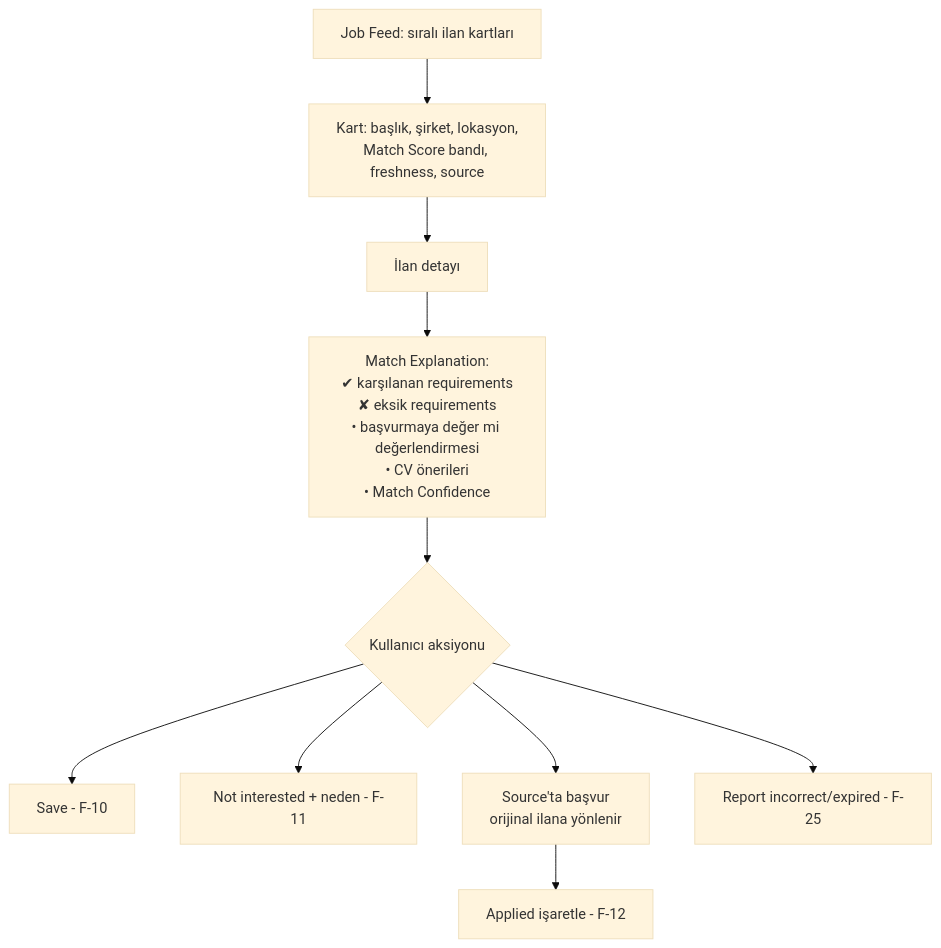
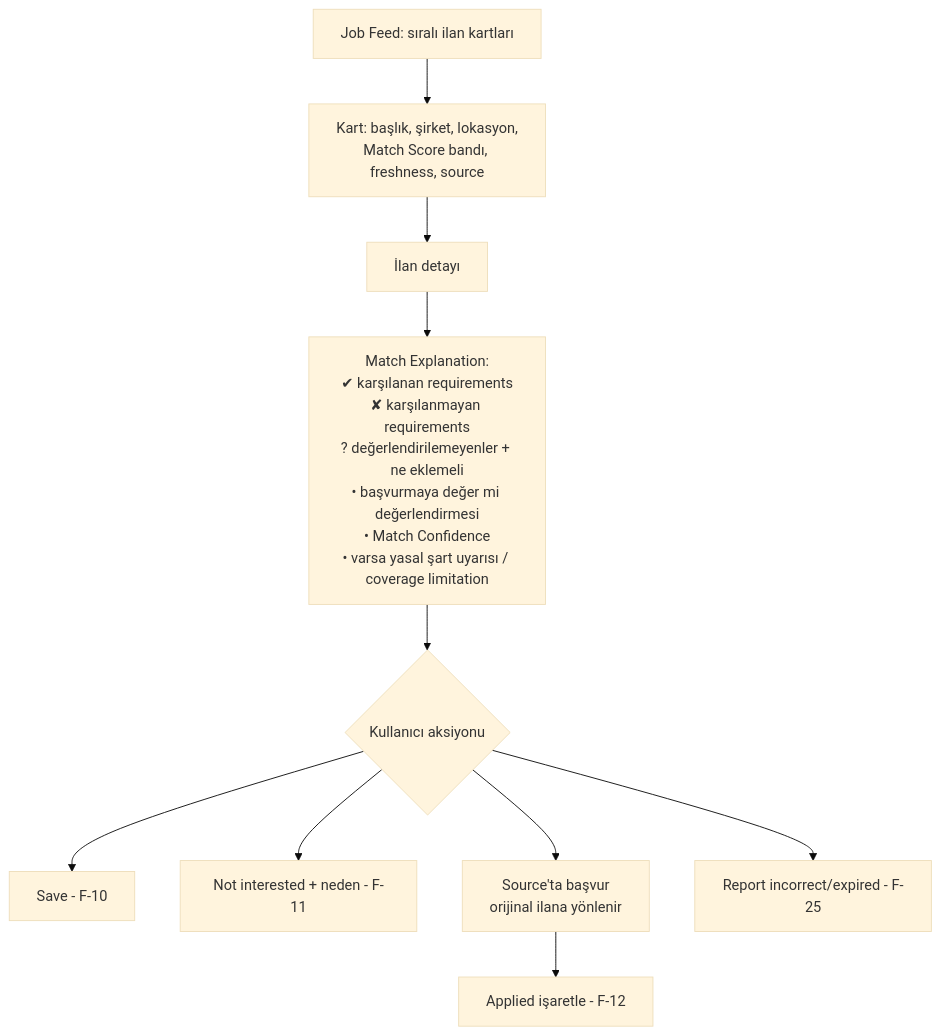
The second of 2 diagrams in docs/product/USER_FLOWS.md (erenulutas0/joblyfit), drawn with Mermaid (base theme) before and after one commit. The commit also changed other lines of this file and 33 other files, not shown here.

````diff
--- a/docs/product/USER_FLOWS.md
+++ b/docs/product/USER_FLOWS.md
@@ -40,12 +57,12 @@
 ```mermaid
 flowchart TD
     A[Job Feed: sıralı ilan kartları] --> B[Kart: başlık, şirket, lokasyon,<br/>Match Score bandı, freshness, source]
     B --> C[İlan detayı]
-    C --> D[Match Explanation:<br/>✔ karşılanan requirements<br/>✘ eksik requirements<br/>• başvurmaya değer mi değerlendirmesi<br/>• CV önerileri<br/>• Match Confidence]
+    C --> D[Match Explanation:<br/>✔ karşılanan requirements<br/>✘ karşılanmayan requirements<br/>? değerlendirilemeyenler + ne eklemeli<br/>• başvurmaya değer mi değerlendirmesi<br/>• Match Confidence<br/>• varsa yasal şart uyarısı / coverage limitation]
     D --> E{Kullanıcı aksiyonu}
     E --> F[Save - F-10]
     E --> G[Not interested + neden - F-11]
     E --> H[Source'ta başvur<br/>orijinal ilana yönlenir]
     E --> I[Report incorrect/expired - F-25]
     H --> J[Applied işaretle - F-12]
 ```
````
